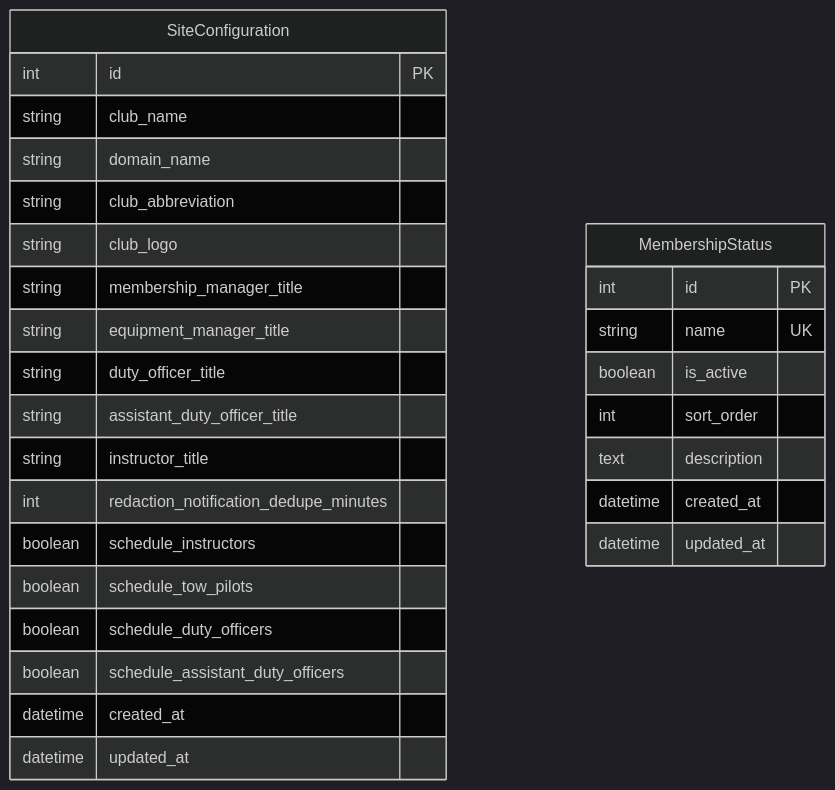
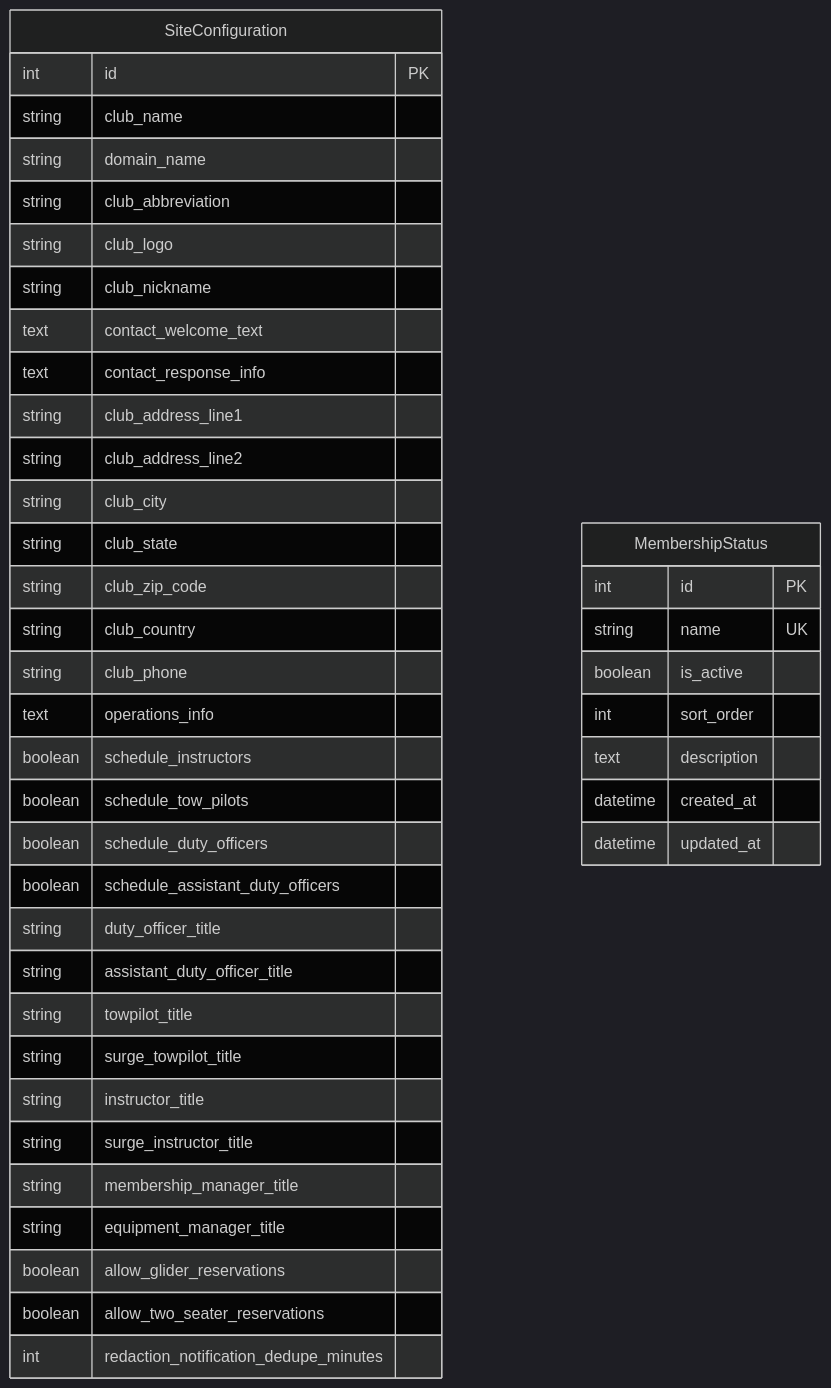
The diagram in siteconfig/docs/models.md (pietbarber/Manage2Soar), drawn with Mermaid (dark theme) before and after one commit. The commit also changed other lines of this file and 1 other file, not shown here.

Commit message:
Enhance SiteConfiguration model to support multi-club integration with customizable contact fields and operational settings

````diff
--- a/siteconfig/docs/models.md
+++ b/siteconfig/docs/models.md
@@ -9,32 +9,46 @@
 ```mermaid
 erDiagram
     SiteConfiguration {
         int id PK
         string club_name
         string domain_name
         string club_abbreviation
         string club_logo
-        string membership_manager_title
-        string equipment_manager_title
-        string duty_officer_title
-        string assistant_duty_officer_title
-        string instructor_title
-        int redaction_notification_dedupe_minutes
+        string club_nickname
+        text contact_welcome_text
+        text contact_response_info
+        string club_address_line1
+        string club_address_line2
+        string club_city
+        string club_state
+        string club_zip_code
+        string club_country
+        string club_phone
+        text operations_info
         boolean schedule_instructors
         boolean schedule_tow_pilots
         boolean schedule_duty_officers
         boolean schedule_assistant_duty_officers
-        datetime created_at
-        datetime updated_at
+        string duty_officer_title
+        string assistant_duty_officer_title
+        string towpilot_title
+        string surge_towpilot_title
+        string instructor_title
+        string surge_instructor_title
+        string membership_manager_title
+        string equipment_manager_title
+        boolean allow_glider_reservations
+        boolean allow_two_seater_reservations
+        int redaction_notification_dedupe_minutes
     }
     
     MembershipStatus {
         int id PK
         string name UK
         boolean is_active
         int sort_order
         text description
         datetime created_at
         datetime updated_at
     }
 ```
````
